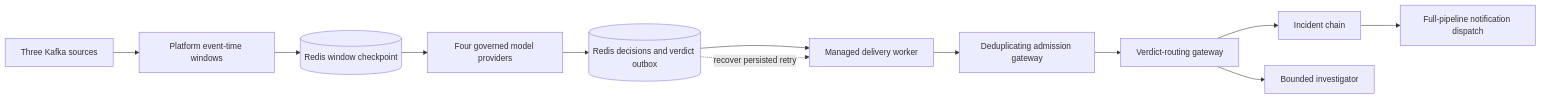
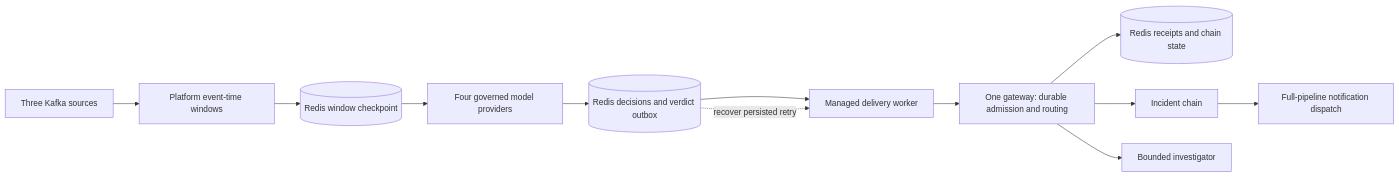
One commit to penserai/acteon changed the second of 2 diagrams in docs/book/guides/neural-observability-detector.md. Above: the diagram before and after it, drawn with Mermaid. The commit also changed other lines of this file and 21 other files, not shown here.

Commit message:
feat(gateway): add durable dispatch admission and receipts (#385)

````diff
--- a/docs/book/guides/neural-observability-detector.md
+++ b/docs/book/guides/neural-observability-detector.md
@@ -817,14 +820,14 @@
 ```mermaid
 flowchart LR
     K[Three Kafka sources] --> W[Platform event-time windows]
     W --> WC[(Redis window checkpoint)]
     WC --> M[Four governed model providers]
     M --> VC[(Redis decisions and verdict outbox)]
     VC --> D[Managed delivery worker]
-    D --> A[Deduplicating admission gateway]
-    A --> R[Verdict-routing gateway]
+    D --> R[One gateway: durable admission and routing]
+    R --> DR[(Redis receipts and chain state)]
     R --> C[Incident chain]
     C --> N[Full-pipeline notification dispatch]
     R --> I[Bounded investigator]
     VC -. recover persisted retry .-> D
 ```
````
